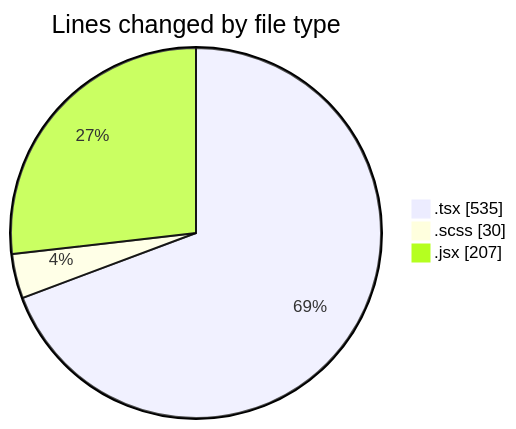
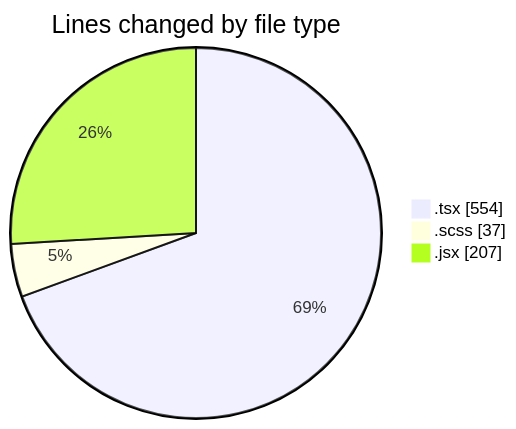
One commit to momahboobian/code-tracking changed the first of 2 diagrams in 2026-07-23/cda/README.md. Above: the diagram before and after it, drawn with Mermaid. The commit also changed other lines of this file and 1 other file, not shown here.

````diff
--- a/2026-07-23/cda/README.md
+++ b/2026-07-23/cda/README.md
@@ -25,7 +25,7 @@
 ```mermaid
 pie showData
 title Lines changed by file type
-".tsx" : 535
-".scss" : 30
+".tsx" : 554
+".scss" : 37
 ".jsx" : 207
 ```
````
